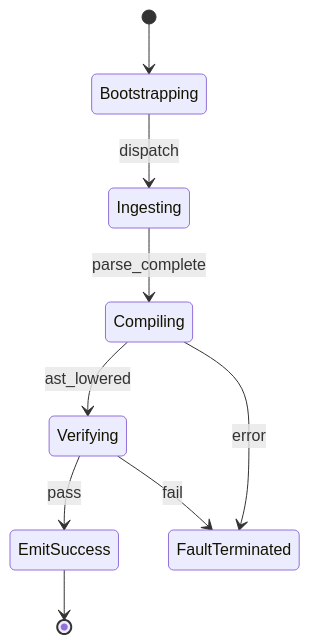
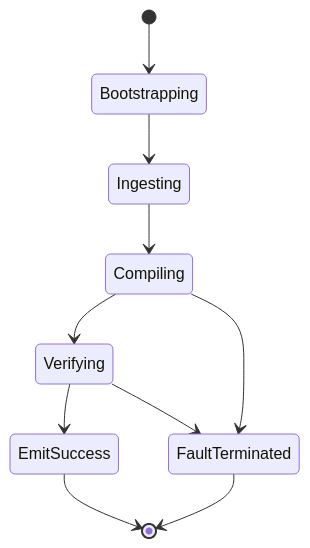
One commit to gintatkinson/dumpiler-01 changed the second of 2 diagrams in docs/epics/EPIC-02-ConOps.md. Above: the diagram before and after it, drawn with Mermaid. The commit also changed other lines of this file and 45 other files, not shown here.

````diff
--- a/docs/epics/EPIC-02-ConOps.md
+++ b/docs/epics/EPIC-02-ConOps.md
@@ -80,11 +86,12 @@
 ```mermaid
 stateDiagram-v2
     [*] --> Bootstrapping
-    Bootstrapping --> Ingesting : dispatch
-    Ingesting --> Compiling : parse_complete
-    Compiling --> Verifying : ast_lowered
-    Verifying --> EmitSuccess : pass
-    Compiling --> FaultTerminated : error
-    Verifying --> FaultTerminated : fail
+    Bootstrapping --> Ingesting
+    Ingesting --> Compiling
+    Compiling --> Verifying
+    Verifying --> EmitSuccess
+    Compiling --> FaultTerminated
+    Verifying --> FaultTerminated
     EmitSuccess --> [*]
+    FaultTerminated --> [*]
 ```
````
